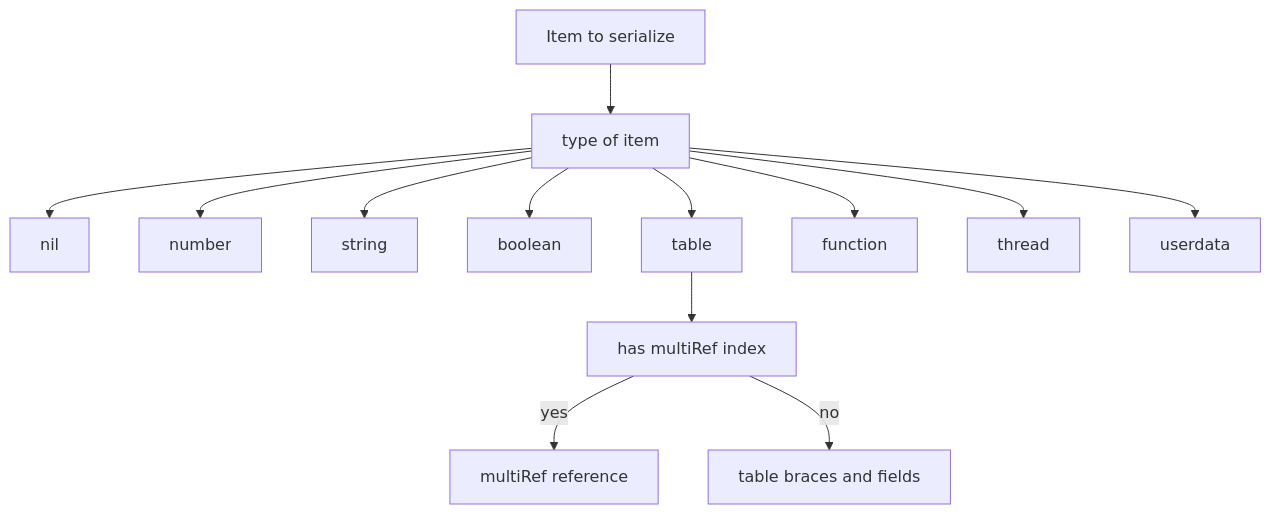
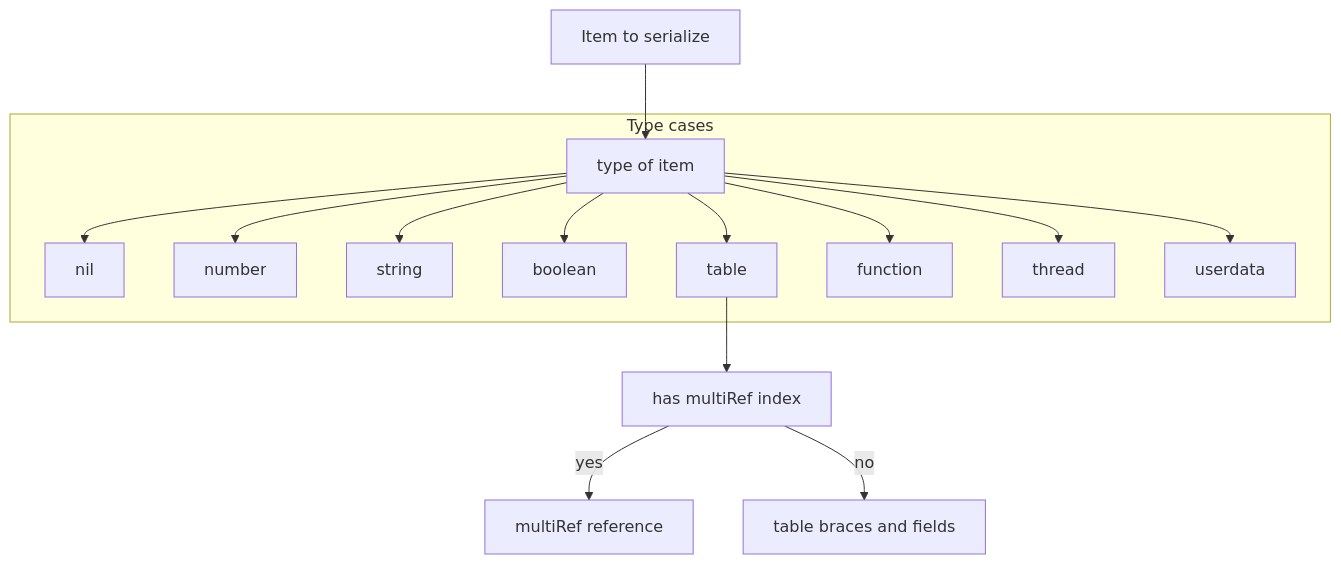
One commit to Gh0st352/AETHR changed the third of 7 diagrams in docs/io/README.md. Above: the diagram before and after it, drawn with Mermaid. The commit also changed other lines of this file and 5 other files, not shown here.

First line of the commit message:
docs(io): restructure Mermaid diagrams, add subgraphs & classes

````diff
--- a/docs/io/README.md
+++ b/docs/io/README.md
@@ -58,15 +76,24 @@
 ```mermaid
+%% shared theme: docs/_mermaid/theme.json %%
 flowchart TD
   ITEM[Item to serialize] --> TYPE[type of item]
-  TYPE --> CASE_NIL[nil]
-  TYPE --> CASE_NUM[number]
-  TYPE --> CASE_STR[string]
-  TYPE --> CASE_BOOL[boolean]
-  TYPE --> CASE_TBL[table]
-  TYPE --> CASE_FUNC[function]
-  TYPE --> CASE_THREAD[thread]
-  TYPE --> CASE_USER[userdata]
+  subgraph "Type cases"
+    TYPE --> CASE_NIL[nil]
+    TYPE --> CASE_NUM[number]
+    TYPE --> CASE_STR[string]
+    TYPE --> CASE_BOOL[boolean]
+    TYPE --> CASE_TBL[table]
+    TYPE --> CASE_FUNC[function]
+    TYPE --> CASE_THREAD[thread]
+    TYPE --> CASE_USER[userdata]
+  end
   CASE_TBL --> REFCHK[has multiRef index]
   REFCHK -->|yes| MR[multiRef reference]
   REFCHK -->|no| TBLW[table braces and fields]
+
+  class ITEM,TYPE class_data;
+  class CASE_NIL,CASE_NUM,CASE_STR,CASE_BOOL,CASE_TBL,CASE_FUNC,CASE_THREAD,CASE_USER class_step;
+  class REFCHK class_decision;
+  class MR class_tracker;
+  class TBLW class_step;
 ```
````
